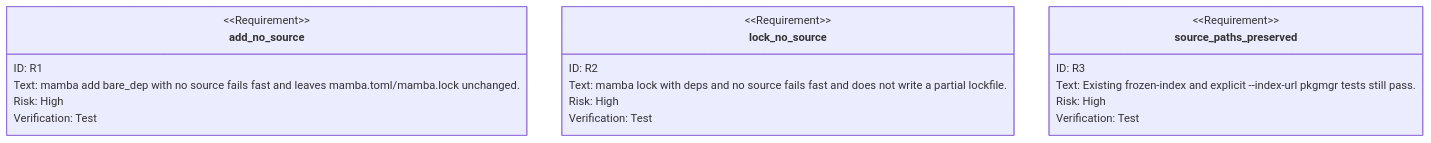
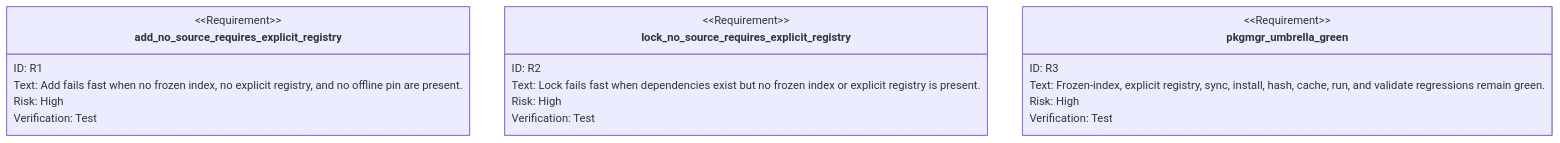
Before and after one commit to chrischeng-c4/axiom: the second of 2 diagrams in .aw/tech-design/projects/mamba/logic/mamba-pkgmanage-remove-implicit-pypi-default-from-add-lock.md, drawn with Mermaid. The commit also changed other lines of this file, not shown here.

Commit message:
td(466) — contract section: unit-test
Lifecycle-Slug: 466
Work-Item: 466
Lifecycle-Stage: Td-Contract-Complete
Lifecycle-Phase: td_created
Lifecycle-Pass: contract
TD-Section: unit-test
Previous-Phase: td_contract_in_progress
Next-Phase: td_created
Next-Command: aw td review

````diff
--- a/.aw/tech-design/projects/mamba/logic/mamba-pkgmanage-remove-implicit-pypi-default-from-add-lock.md
+++ b/.aw/tech-design/projects/mamba/logic/mamba-pkgmanage-remove-implicit-pypi-default-from-add-lock.md
@@ -59,37 +59,37 @@
 ```mermaid
 ---
-id: mamba-pkgmanage-no-implicit-pypi-unit-tests
+id: mamba-pkgmanage-no-implicit-pypi-contract-tests
 requirements:
   R1:
-    text: "add without local index or explicit registry fails before any manifest or lockfile mutation."
+    text: "add_no_source_requires_explicit_registry asserts no-source add fails without mutation."
     risk: high
-    verify: integration-test
+    verify: "cargo test -p mamba --test pkgmgr add_no_source_requires_explicit_registry -- --nocapture"
   R2:
-    text: "lock without local index or explicit registry fails before writing a partial lockfile."
+    text: "lock_no_source_requires_explicit_registry asserts no-source lock fails without partial lockfile."
     risk: high
-    verify: integration-test
+    verify: "cargo test -p mamba --test pkgmgr lock_no_source_requires_explicit_registry -- --nocapture"
   R3:
-    text: "frozen local index and explicit --index-url registry paths continue to pass."
+    text: "The complete pkgmgr integration binary stays green after source-policy changes."
     risk: high
-    verify: regression-test
+    verify: "cargo test -p mamba --test pkgmgr"
 ---
 requirementDiagram
-    requirement add_no_source {
+    requirement add_no_source_requires_explicit_registry {
       id: R1
-      text: "mamba add bare_dep with no source fails fast and leaves mamba.toml/mamba.lock unchanged."
+      text: "Add fails fast when no frozen index, no explicit registry, and no offline pin are present."
       risk: high
       verifymethod: test
     }
-    requirement lock_no_source {
+    requirement lock_no_source_requires_explicit_registry {
       id: R2
-      text: "mamba lock with deps and no source fails fast and does not write a partial lockfile."
+      text: "Lock fails fast when dependencies exist but no frozen index or explicit registry is present."
       risk: high
       verifymethod: test
     }
-    requirement source_paths_preserved {
+    requirement pkgmgr_umbrella_green {
       id: R3
-      text: "Existing frozen-index and explicit --index-url pkgmgr tests still pass."
+      text: "Frozen-index, explicit registry, sync, install, hash, cache, run, and validate regressions remain green."
       risk: high
       verifymethod: test
     }
 ```
````
